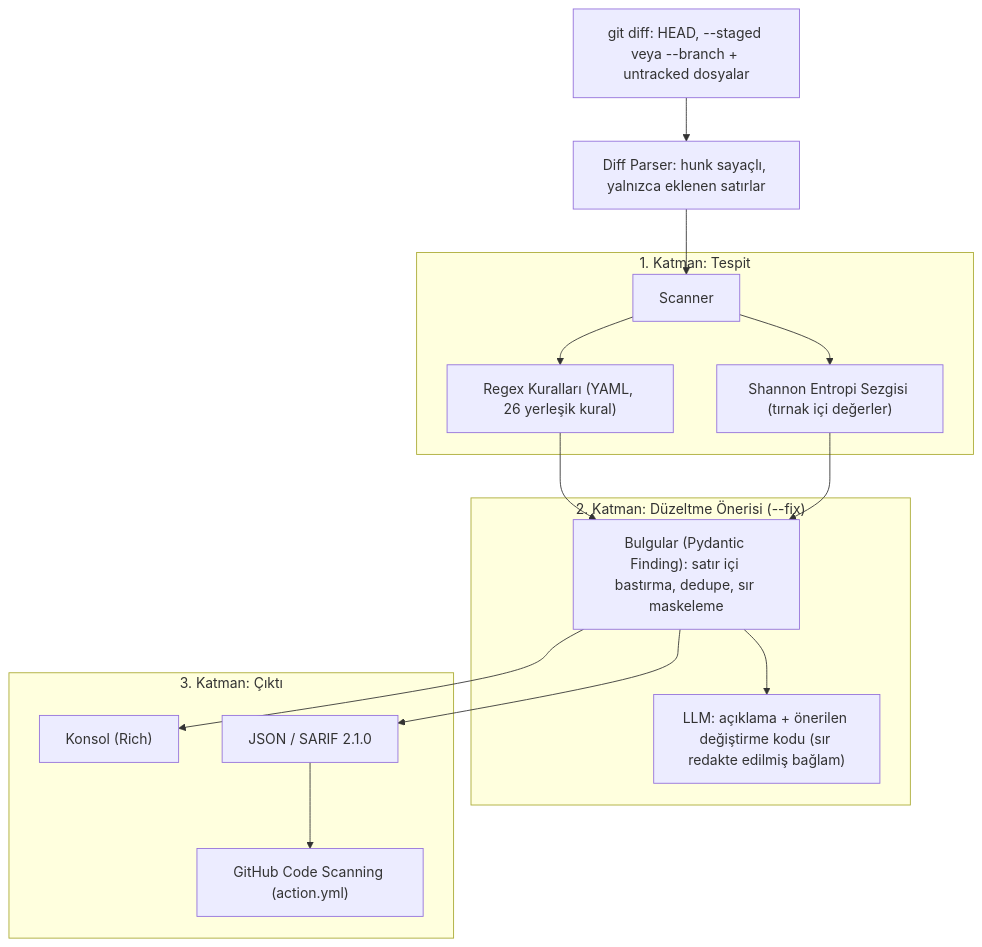
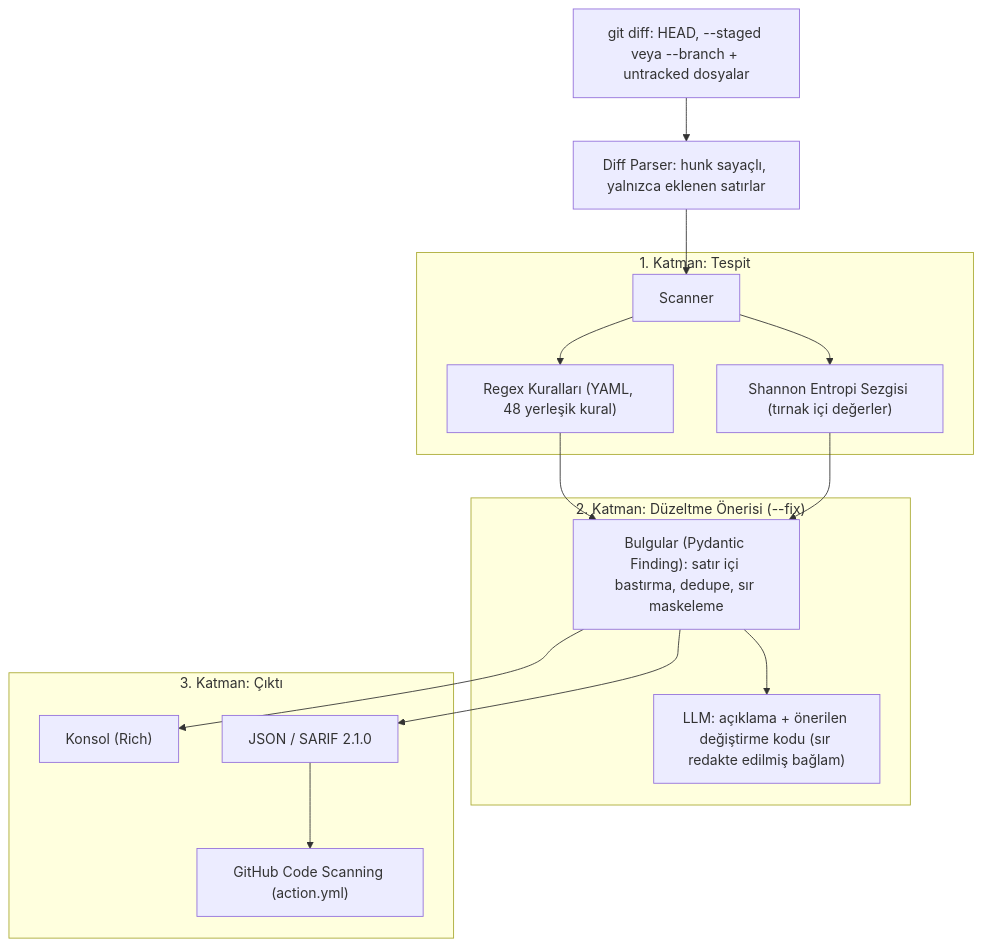
One commit to AlperEnesErsu/GitShield changed the diagram in README.md. Above: the diagram before and after it, drawn with Mermaid. The commit also changed other lines of this file and 5 other files, not shown here.

````diff
--- a/README.md
+++ b/README.md
@@ -28,22 +28,22 @@
 ```mermaid
 flowchart TD
     A["git diff: HEAD, --staged veya --branch + untracked dosyalar"] --> B["Diff Parser: hunk sayaçlı, yalnızca eklenen satırlar"]
     B --> C["Scanner"]
 
     subgraph Detection ["1. Katman: Tespit"]
-        C --> D["Regex Kuralları (YAML, 26 yerleşik kural)"]
+        C --> D["Regex Kuralları (YAML, 48 yerleşik kural)"]
         C --> E["Shannon Entropi Sezgisi (tırnak içi değerler)"]
     end
 
     D & E --> F["Bulgular (Pydantic Finding): satır içi bastırma, dedupe, sır maskeleme"]
 
     subgraph AI_Engine ["2. Katman: Düzeltme Önerisi (--fix)"]
         F --> G["LLM: açıklama + önerilen değiştirme kodu (sır redakte edilmiş bağlam)"]
     end
 
     subgraph Reporters ["3. Katman: Çıktı"]
         F --> H["Konsol (Rich)"]
         F --> I["JSON / SARIF 2.1.0"]
         I --> J["GitHub Code Scanning (action.yml)"]
     end
 ```
````
